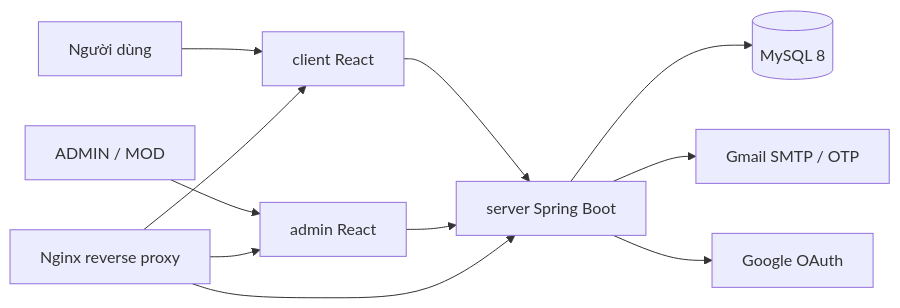
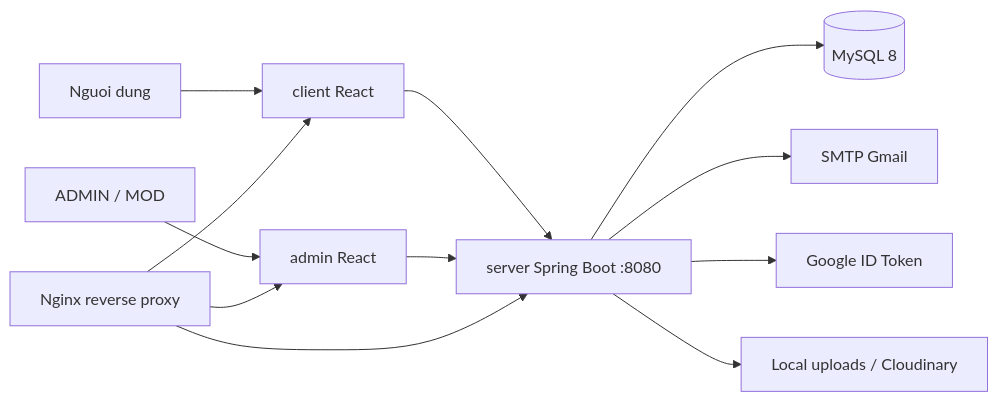
One commit to daidoan1608/quiz changed the diagram in README.md. Above: the diagram before and after it, drawn with Mermaid. The commit also changed other lines of this file and 13 other files, not shown here.

````diff
--- a/README.md
+++ b/README.md
@@ -28,13 +13,14 @@
 ```mermaid
 flowchart LR
-    User[Người dùng] --> Client[client React]
-    Admin[ADMIN / MOD] --> AdminApp[admin React]
-    Client --> API[server Spring Boot]
-    AdminApp --> API
-    API --> DB[(MySQL 8)]
-    API --> Mail[Gmail SMTP / OTP]
-    API --> Google[Google OAuth]
-    Nginx[Nginx reverse proxy] --> Client
-    Nginx --> AdminApp
+    User["Nguoi dung"] --> Client["client React"]
+    AdminUser["ADMIN / MOD"] --> Admin["admin React"]
+    Client --> API["server Spring Boot :8080"]
+    Admin --> API
+    API --> DB[("MySQL 8")]
+    API --> Mail["SMTP Gmail"]
+    API --> Google["Google ID Token"]
+    API --> Storage["Local uploads / Cloudinary"]
+    Nginx["Nginx reverse proxy"] --> Client
+    Nginx --> Admin
     Nginx --> API
 ```
````
